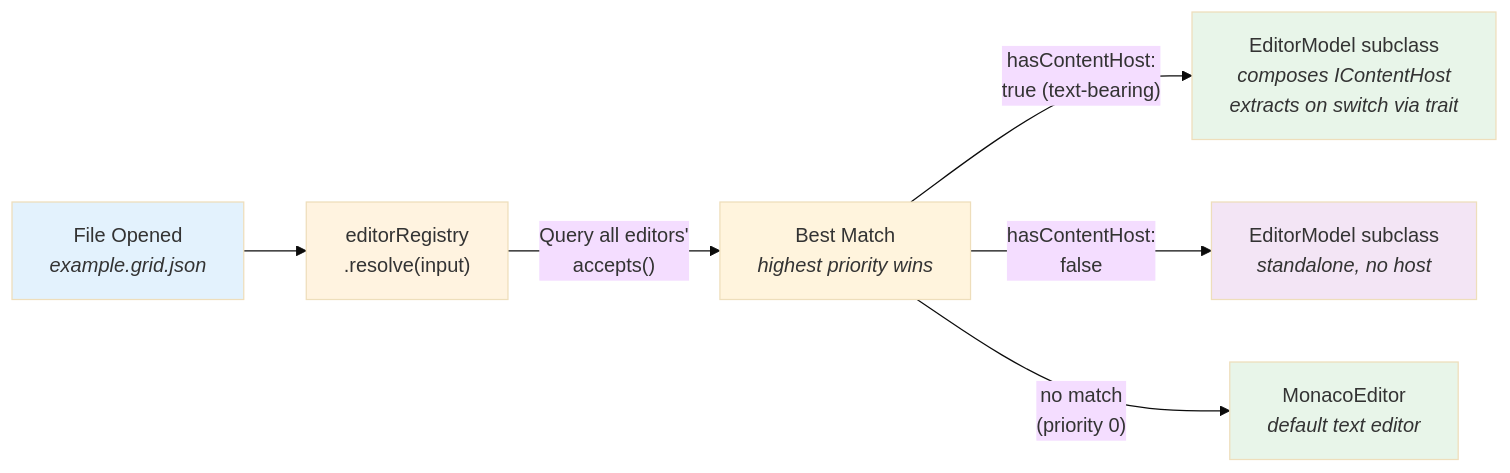
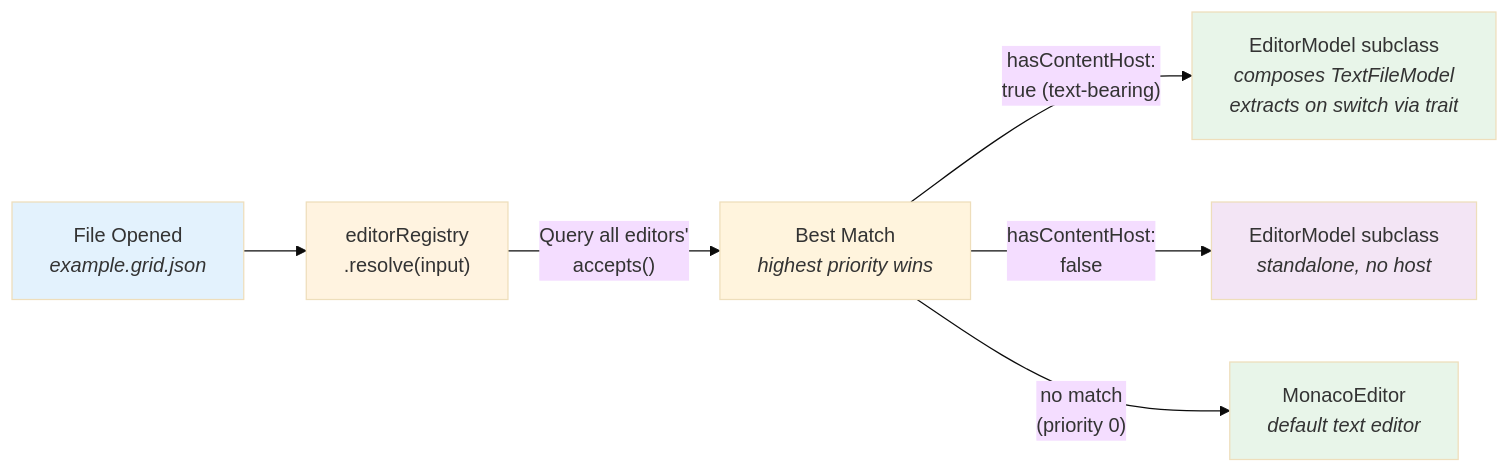
One commit to andriy-viyatyk/persephone changed the diagram in doc/architecture/diagrams/3-editor-resolution.mmd. Above: the diagram before and after it, drawn with Mermaid (base theme). The commit also changed 51 other files, not shown here.

```diff
--- a/doc/architecture/diagrams/3-editor-resolution.mmd
+++ b/doc/architecture/diagrams/3-editor-resolution.mmd
@@ -1,14 +1,14 @@
 flowchart LR
     FILE["File Opened<br/><i>example.grid.json</i>"] --> REG["editorRegistry<br/>.resolve(input)"]
 
     REG --> |"Query all editors'<br/>accepts()"| BEST["Best Match<br/><i>highest priority wins</i>"]
 
-    BEST --> |"hasContentHost:<br/>true (text-bearing)"| TB["EditorModel subclass<br/><i>composes IContentHost</i><br/><i>extracts on switch via trait</i>"]
+    BEST --> |"hasContentHost:<br/>true (text-bearing)"| TB["EditorModel subclass<br/><i>composes TextFileModel</i><br/><i>extracts on switch via trait</i>"]
     BEST --> |"hasContentHost:<br/>false"| NT["EditorModel subclass<br/><i>standalone, no host</i>"]
     BEST --> |"no match<br/>(priority 0)"| MONACO["MonacoEditor<br/><i>default text editor</i>"]
 
     style FILE fill:#e3f2fd
     style REG fill:#fff3e0
     style TB fill:#e8f5e9
     style NT fill:#f3e5f5
     style MONACO fill:#e8f5e9
```
